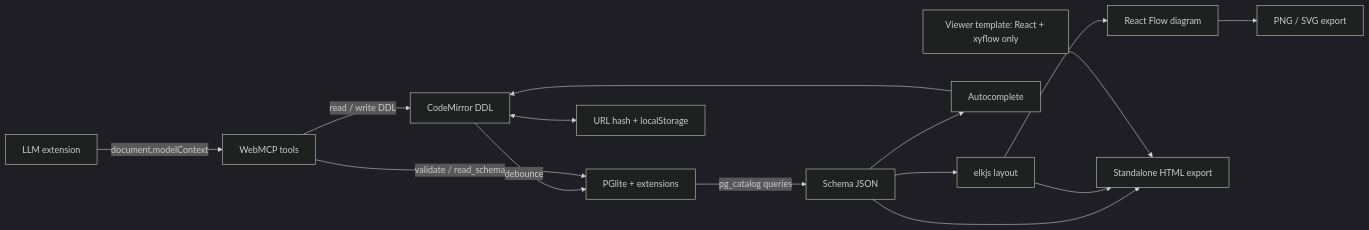
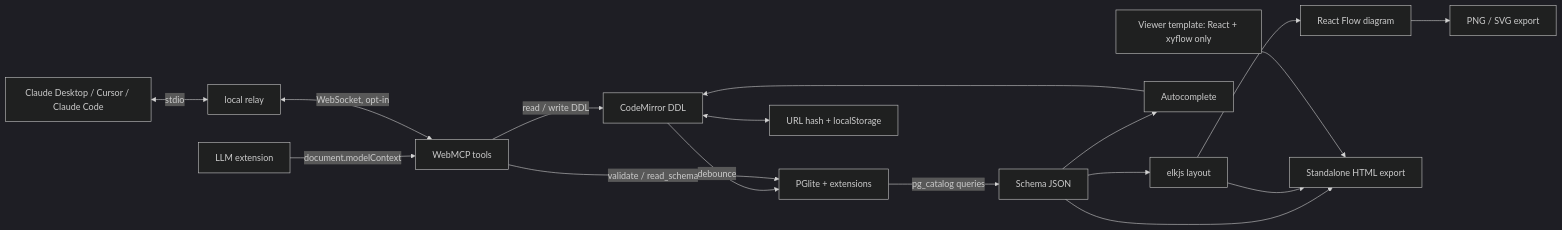
Before and after one commit to nickdeis/webmcp-pglite-erd-diagram: the first of 2 diagrams in DESIGN.md, drawn with Mermaid (dark theme). The commit also changed other lines of this file and 26 other files, not shown here.

First line of the commit message:
Add an opt-in agent bridge so desktop agents can use the WebMCP tools

````diff
--- a/DESIGN.md
+++ b/DESIGN.md
@@ -3,17 +3,19 @@
 ```mermaid
 flowchart LR
   Editor[CodeMirror DDL] -->|debounce| DB[PGlite + extensions]
   DB -->|pg_catalog queries| Schema[Schema JSON]
   Schema --> Layout[elkjs layout]
   Layout --> Diagram[React Flow diagram]
   Schema --> Complete[Autocomplete]
   Complete --> Editor
   Editor <--> Persist[URL hash + localStorage]
   Diagram --> Img[PNG / SVG export]
   Schema --> Standalone[Standalone HTML export]
   Layout --> Standalone
   Viewer[Viewer template: React + xyflow only] --> Standalone
   Agent[LLM extension] -->|document.modelContext| Tools[WebMCP tools]
+  Desktop[Claude Desktop / Cursor / Claude Code] <-->|stdio| Relay[local relay]
+  Relay <-->|WebSocket, opt-in| Tools
   Tools -->|read / write DDL| Editor
   Tools -->|validate / read_schema| DB
 ```
````
